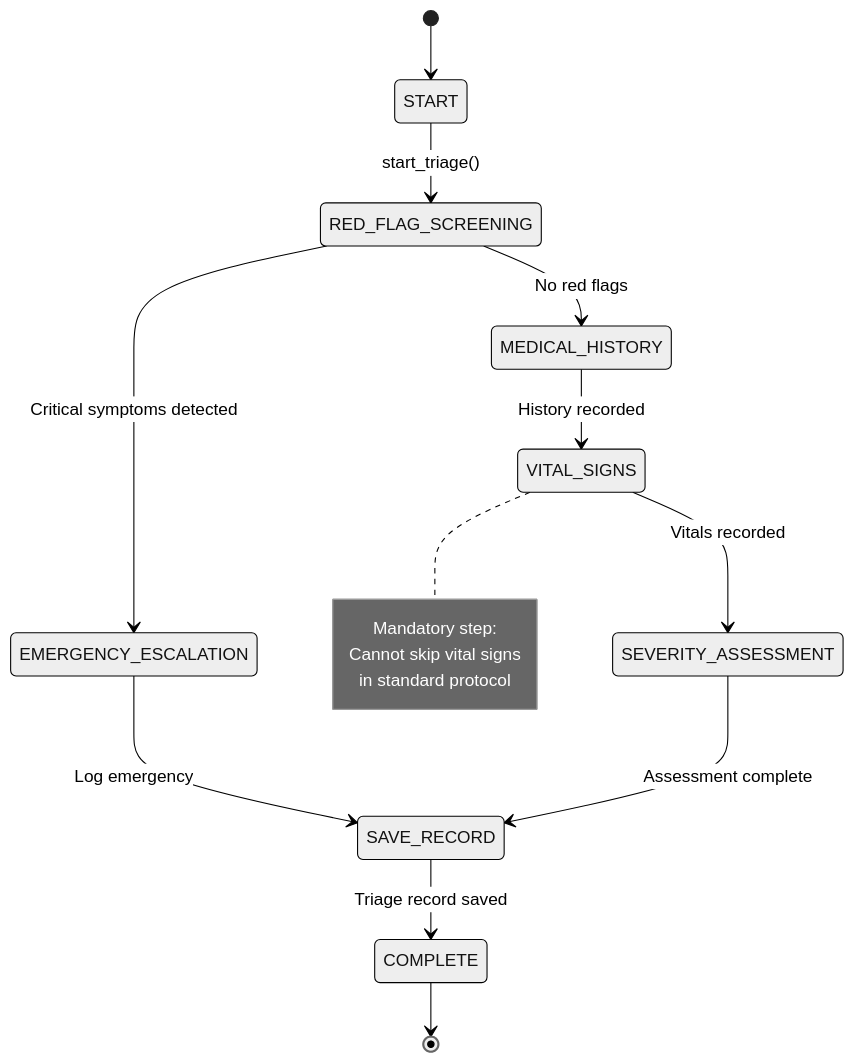
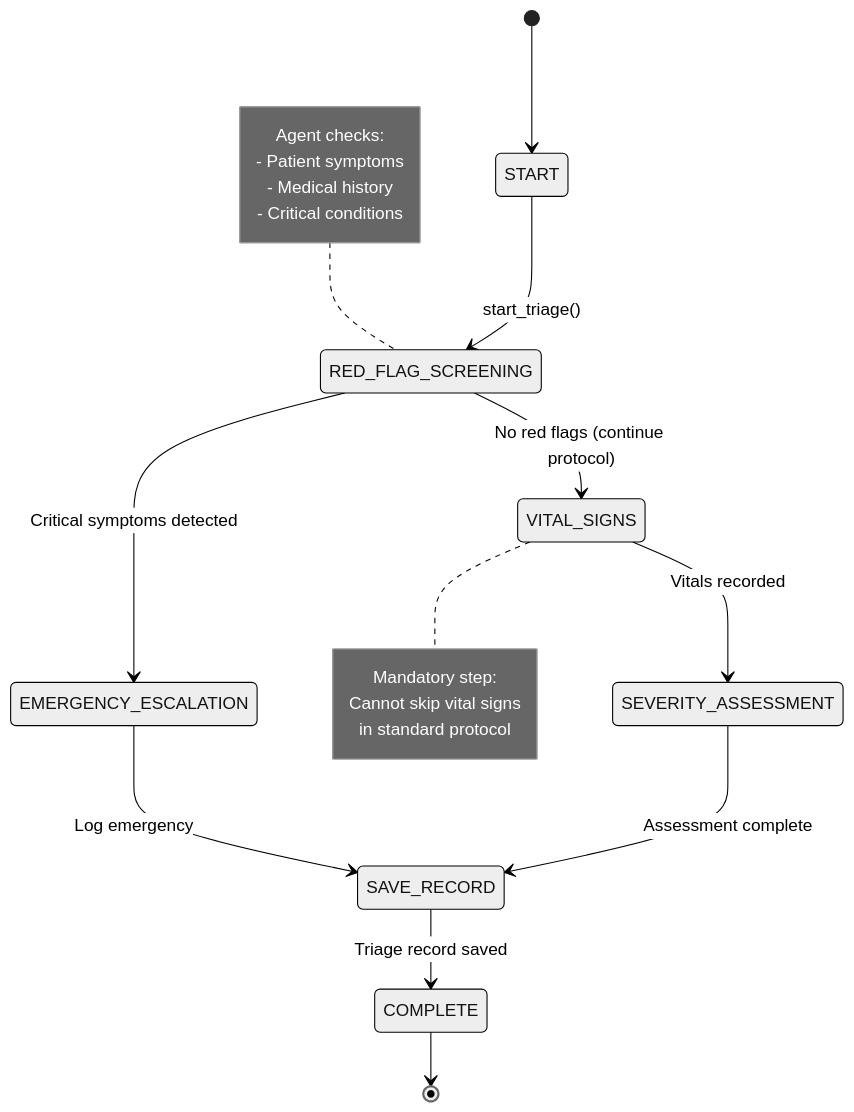
One commit to mazzucci/tool-as-guide changed the second of 2 diagrams in examples/02-medical-triage/README.md. Above: the diagram before and after it, drawn with Mermaid (neutral theme). The commit also changed other lines of this file, not shown here.

Commit message:
Tool as guide

````diff
--- a/examples/02-medical-triage/README.md
+++ b/examples/02-medical-triage/README.md
@@ -205,25 +205,31 @@
 ```mermaid
 stateDiagram-v2
     [*] --> START
     START --> RED_FLAG_SCREENING: start_triage()
     
+    note left of RED_FLAG_SCREENING
+        Agent checks:
+        - Patient symptoms
+        - Medical history
+        - Critical conditions
+    end note
+    
     RED_FLAG_SCREENING --> EMERGENCY_ESCALATION: Critical symptoms detected
-    RED_FLAG_SCREENING --> MEDICAL_HISTORY: No red flags
+    RED_FLAG_SCREENING --> VITAL_SIGNS: No red flags (continue protocol)
     
     EMERGENCY_ESCALATION --> SAVE_RECORD: Log emergency
-    SAVE_RECORD --> COMPLETE: Triage record saved
-    
-    MEDICAL_HISTORY --> VITAL_SIGNS: History recorded
     
     note right of VITAL_SIGNS
         Mandatory step:
         Cannot skip vital signs
         in standard protocol
     end note
     
     VITAL_SIGNS --> SEVERITY_ASSESSMENT: Vitals recorded
     
     SEVERITY_ASSESSMENT --> SAVE_RECORD: Assessment complete
     
+    SAVE_RECORD --> COMPLETE: Triage record saved
+    
     COMPLETE --> [*]
 ```
````
